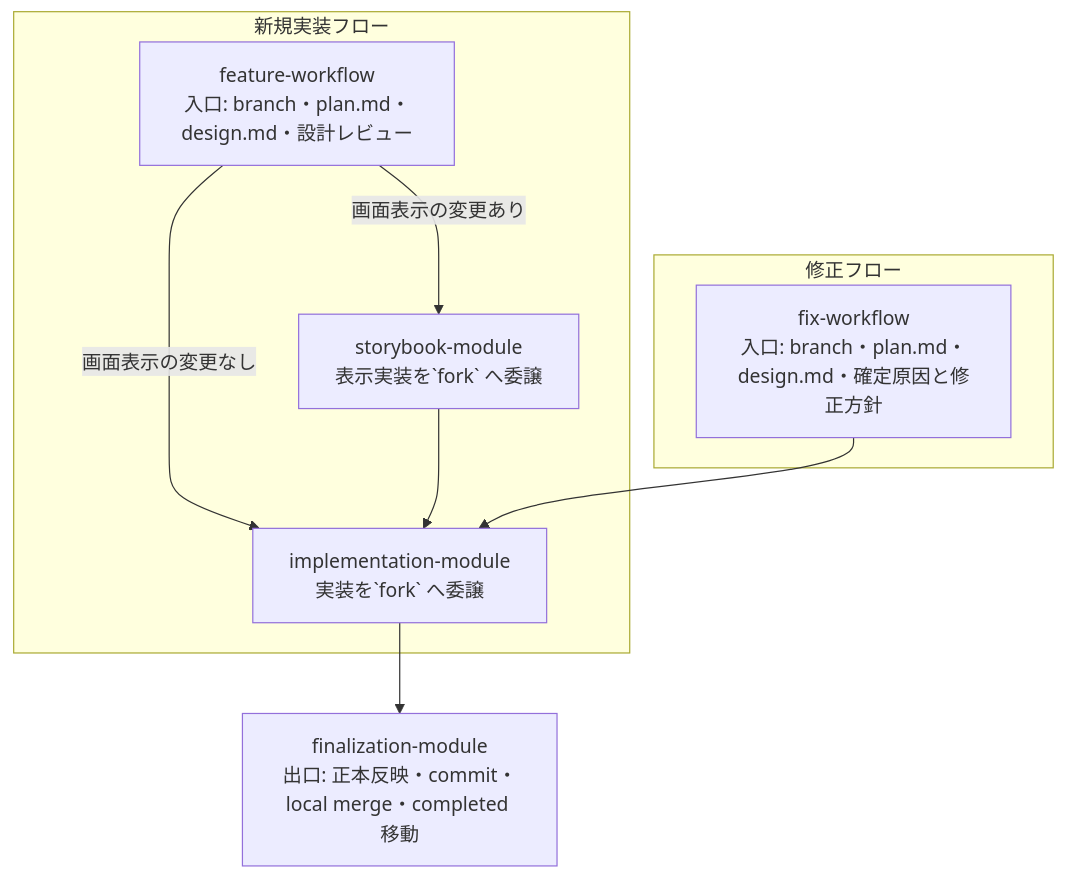
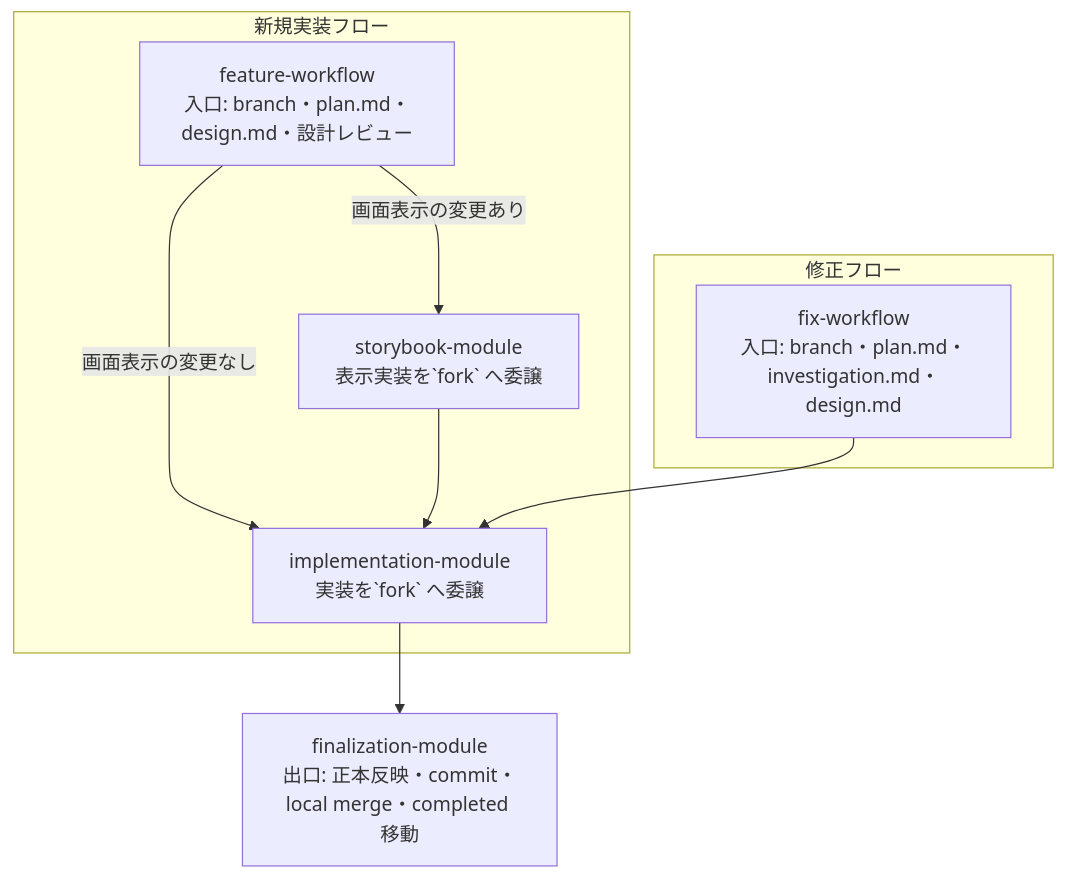
One commit to ishibata91/AITranslationEngineJP changed the diagram in docs/ai-operations-workflow.md. Above: the diagram before and after it, drawn with Mermaid. The commit also changed other lines of this file and 11 other files, not shown here.

````diff
--- a/docs/ai-operations-workflow.md
+++ b/docs/ai-operations-workflow.md
@@ -18,16 +18,16 @@
 ```mermaid
 flowchart TD
     subgraph 新規実装フロー
       FW[feature-workflow<br/>入口: branch・plan.md・design.md・設計レビュー]
       FW -->|画面表示の変更あり| SB[storybook-module<br/>表示実装を`fork` へ委譲]
       FW -->|画面表示の変更なし| IM
       SB --> IM[implementation-module<br/>実装を`fork` へ委譲]
     end
 
     subgraph 修正フロー
-      XW[fix-workflow<br/>入口: branch・plan.md・design.md・確定原因と修正方針]
+      XW[fix-workflow<br/>入口: branch・plan.md・investigation.md・design.md]
       XW --> IM
     end
 
     IM --> FZ[finalization-module<br/>出口: 正本反映・commit・local merge・completed 移動]
 ```
````
